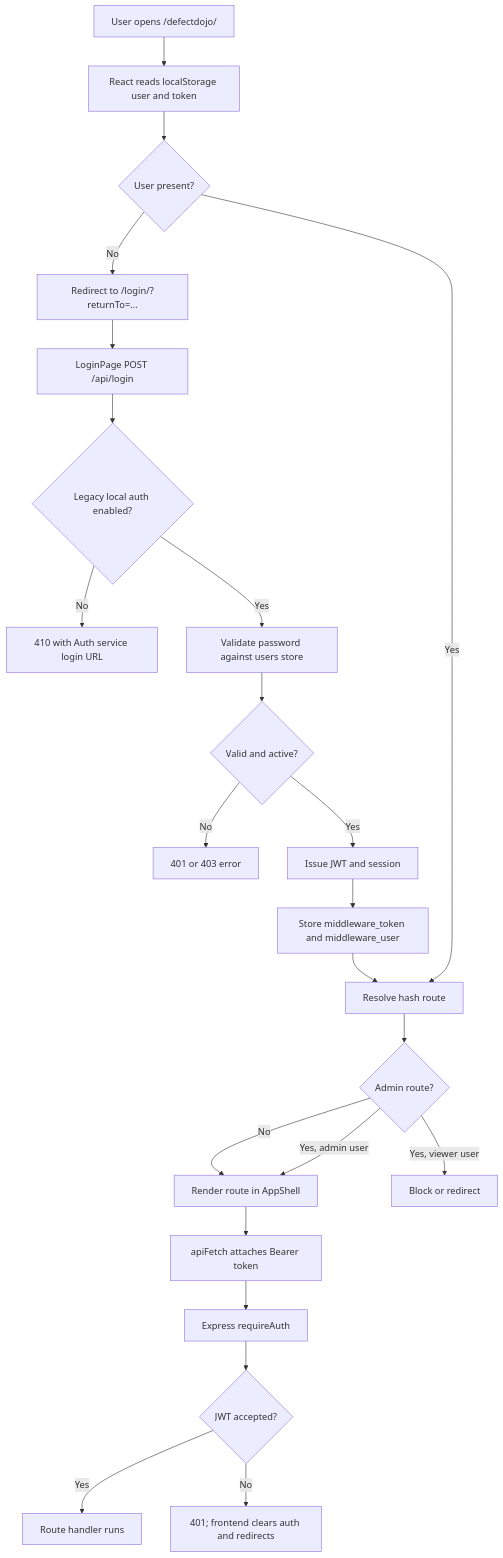
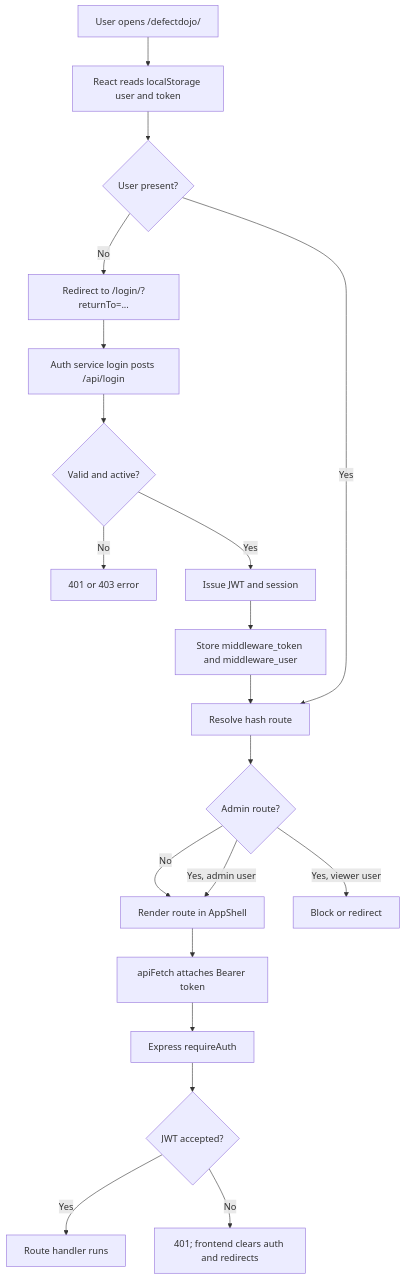
Before and after one commit to Ratthapoom681/Middleware-2.0: the third of 19 diagrams in apps/vulnerability/docs/feature-workflows.md, drawn with Mermaid. The commit also changed other lines of this file and 58 other files, not shown here.

````diff
--- a/apps/vulnerability/docs/feature-workflows.md
+++ b/apps/vulnerability/docs/feature-workflows.md
@@ -76,25 +76,22 @@
 ```mermaid
 flowchart TD
   A["User opens /defectdojo/"] --> B["React reads localStorage user and token"]
   B --> C{"User present?"}
   C -- "No" --> D["Redirect to /login/?returnTo=..."]
-  D --> E["LoginPage POST /api/login"]
-  E --> F{"Legacy local auth enabled?"}
-  F -- "No" --> G["410 with Auth service login URL"]
-  F -- "Yes" --> H["Validate password against users store"]
-  H --> I{"Valid and active?"}
-  I -- "No" --> J["401 or 403 error"]
-  I -- "Yes" --> K["Issue JWT and session"]
-  K --> L["Store middleware_token and middleware_user"]
+  D --> E["Auth service login posts /api/login"]
+  E --> F{"Valid and active?"}
+  F -- "No" --> G["401 or 403 error"]
+  F -- "Yes" --> H["Issue JWT and session"]
+  H --> I["Store middleware_token and middleware_user"]
   C -- "Yes" --> M["Resolve hash route"]
-  L --> M
+  I --> M
   M --> N{"Admin route?"}
   N -- "No" --> O["Render route in AppShell"]
   N -- "Yes, admin user" --> O
   N -- "Yes, viewer user" --> P["Block or redirect"]
   O --> Q["apiFetch attaches Bearer token"]
   Q --> R["Express requireAuth"]
   R --> S{"JWT accepted?"}
   S -- "Yes" --> T["Route handler runs"]
   S -- "No" --> U["401; frontend clears auth and redirects"]
 ```
````
